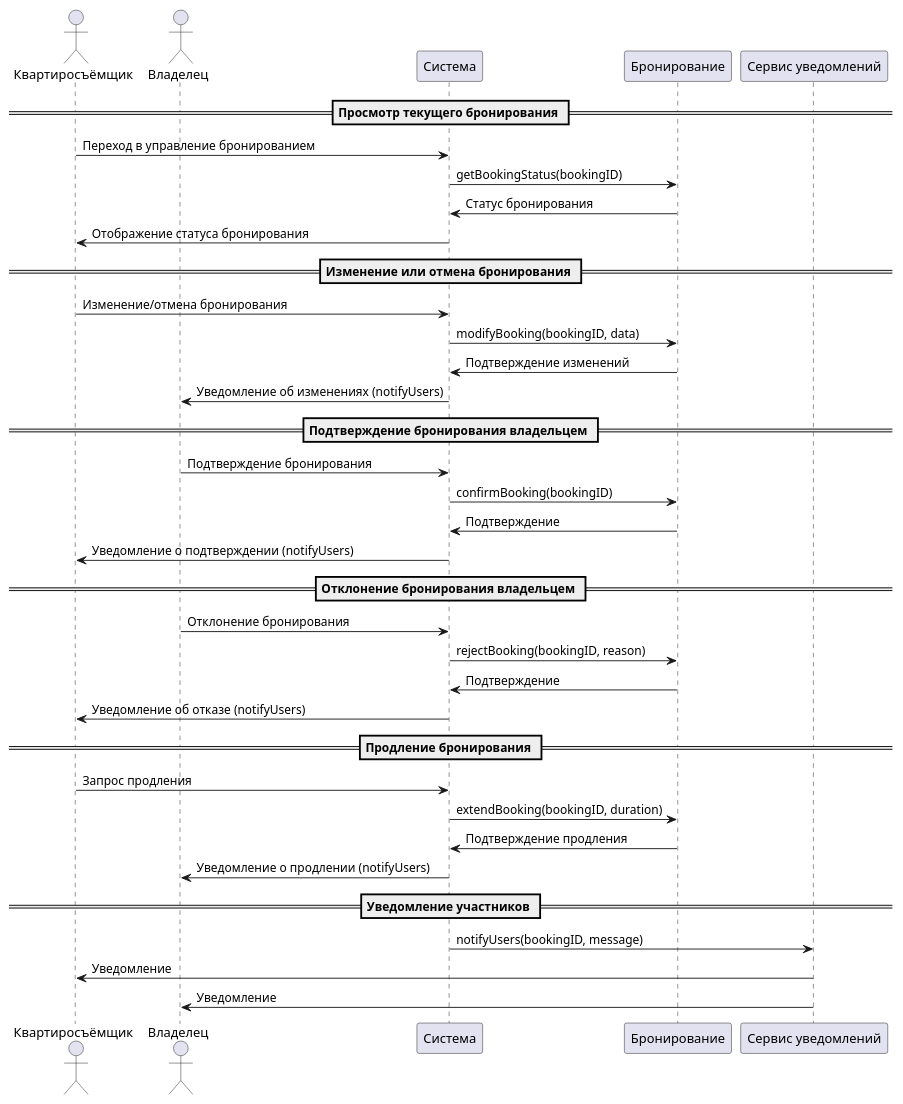
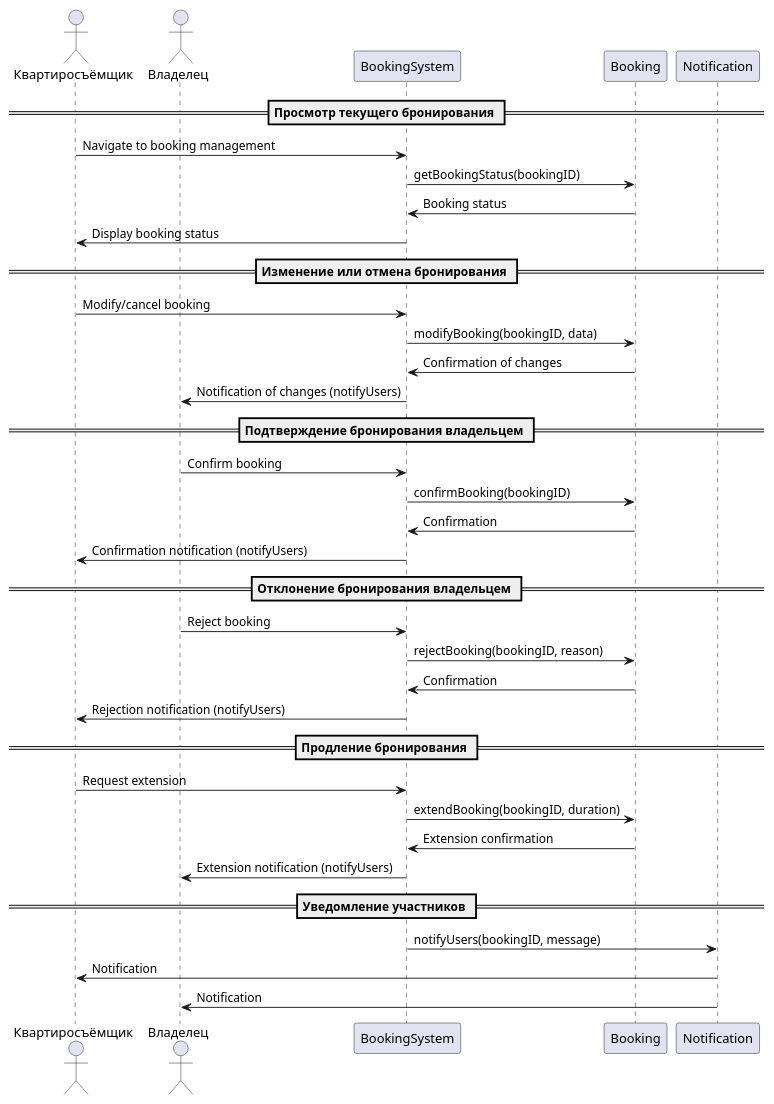
The diagram in precedents/BookingManagement/BookingManagementDiagramm.md (penamarth/bsbo-01-22_team4_var8), drawn with PlantUML before and after one commit.

Commit message:
translate russian text in scenarios to english

````diff
--- a/precedents/BookingManagement/BookingManagementDiagramm.md
+++ b/precedents/BookingManagement/BookingManagementDiagramm.md
@@ -1,47 +1,47 @@
 ```plantuml
 
 @startuml
 actor Квартиросъёмщик
 actor Владелец
-participant "Система" as System
-participant "Бронирование" as Booking
-participant "Сервис уведомлений" as NotificationService
+participant "BookingSystem" as System
+participant "Booking" as Booking
+participant "Notification" as NotificationService
 
 == Просмотр текущего бронирования ==
-Квартиросъёмщик -> System: Переход в управление бронированием
+Квартиросъёмщик -> System: Navigate to booking management
 System -> Booking: getBookingStatus(bookingID)
-Booking -> System: Статус бронирования
-System -> Квартиросъёмщик: Отображение статуса бронирования
+Booking -> System: Booking status
+System -> Квартиросъёмщик: Display booking status
 
 == Изменение или отмена бронирования ==
-Квартиросъёмщик -> System: Изменение/отмена бронирования
+Квартиросъёмщик -> System: Modify/cancel booking
 System -> Booking: modifyBooking(bookingID, data)
-Booking -> System: Подтверждение изменений
-System -> Владелец: Уведомление об изменениях (notifyUsers)
+Booking -> System: Confirmation of changes
+System -> Владелец: Notification of changes (notifyUsers)
 
 == Подтверждение бронирования владельцем ==
-Владелец -> System: Подтверждение бронирования
+Владелец -> System: Confirm booking
 System -> Booking: confirmBooking(bookingID)
-Booking -> System: Подтверждение
-System -> Квартиросъёмщик: Уведомление о подтверждении (notifyUsers)
+Booking -> System: Confirmation
+System -> Квартиросъёмщик: Confirmation notification (notifyUsers)
 
 == Отклонение бронирования владельцем ==
-Владелец -> System: Отклонение бронирования
+Владелец -> System: Reject booking
 System -> Booking: rejectBooking(bookingID, reason)
-Booking -> System: Подтверждение
-System -> Квартиросъёмщик: Уведомление об отказе (notifyUsers)
+Booking -> System: Confirmation
+System -> Квартиросъёмщик: Rejection notification (notifyUsers)
 
 == Продление бронирования ==
-Квартиросъёмщик -> System: Запрос продления
+Квартиросъёмщик -> System: Request extension
 System -> Booking: extendBooking(bookingID, duration)
-Booking -> System: Подтверждение продления
-System -> Владелец: Уведомление о продлении (notifyUsers)
+Booking -> System: Extension confirmation
+System -> Владелец: Extension notification (notifyUsers)
 
 == Уведомление участников ==
 System -> NotificationService: notifyUsers(bookingID, message)
-NotificationService -> Квартиросъёмщик: Уведомление
-NotificationService -> Владелец: Уведомление
+NotificationService -> Квартиросъёмщик: Notification
+NotificationService -> Владелец: Notification
 
 @enduml
 
 ```
````
